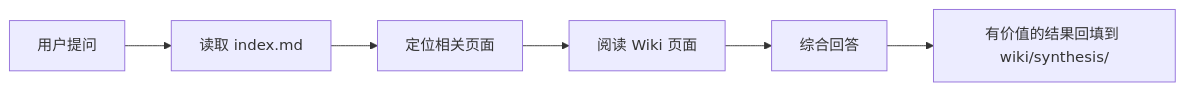
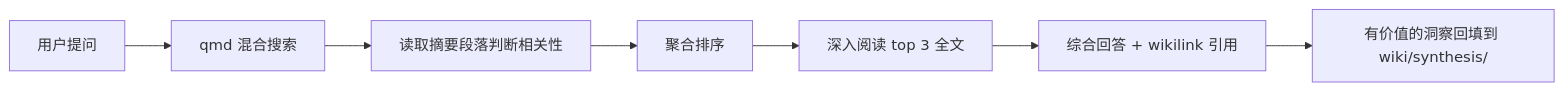
The fourth of 6 diagrams in LLM Wiki 使用手册.md (luguosong/knowledge-base-lgs), drawn with Mermaid before and after one commit. The commit also changed other lines of this file and 304 other files, not shown here.

````diff
--- a/LLM Wiki 使用手册.md
+++ b/LLM Wiki 使用手册.md
@@ -282,8 +341,9 @@
 ```mermaid
 graph LR
-    A[用户提问] --> B[读取 index.md]
-    B --> C[定位相关页面]
-    C --> D[阅读 Wiki 页面]
-    D --> E[综合回答]
-    E --> F[有价值的结果回填到 wiki/synthesis/]
+    A[用户提问] --> B[qmd 混合搜索]
+    B --> C[读取摘要段落判断相关性]
+    C --> D[聚合排序]
+    D --> E[深入阅读 top 3 全文]
+    E --> F[综合回答 + wikilink 引用]
+    F --> G[有价值的洞察回填到 wiki/synthesis/]
 ```
````
